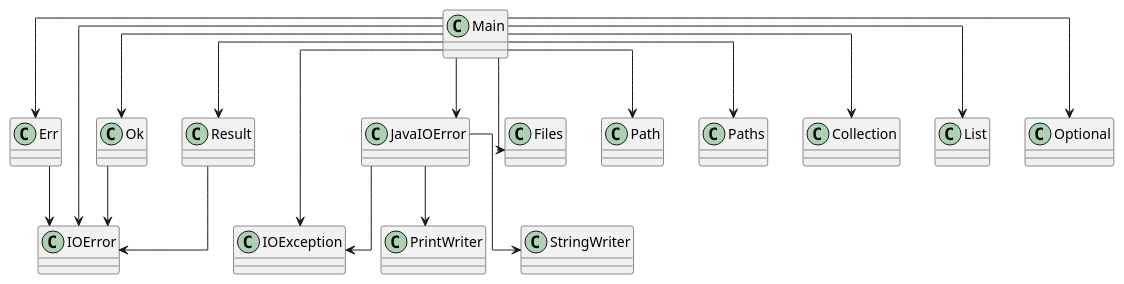
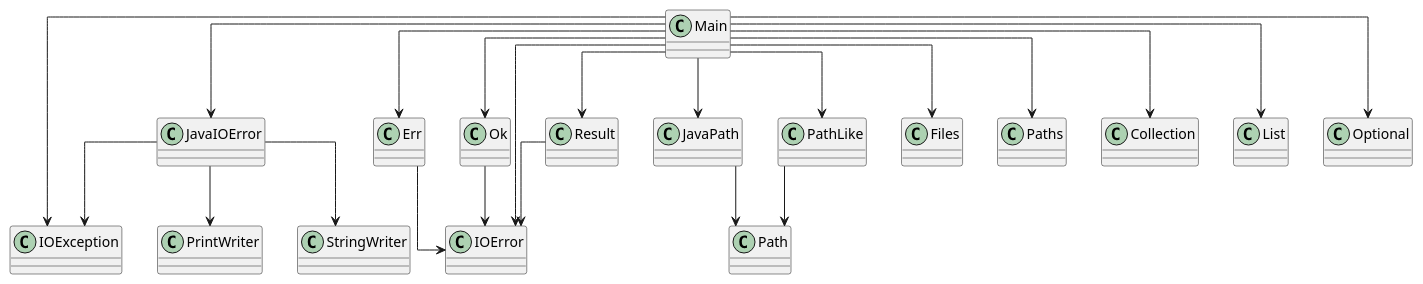
One commit to SirMathhman/Magma changed the diagram in diagram.puml. Above: the diagram before and after it, drawn with PlantUML. The commit also changed 3 other files, not shown here.

```diff
--- a/diagram.puml
+++ b/diagram.puml
@@ -1,28 +1,33 @@
 @startuml
 skinparam linetype ortho
 class IOError
 class JavaIOError
 JavaIOError --> IOException
 JavaIOError --> PrintWriter
 JavaIOError --> StringWriter
 class Main
 Main --> IOError
 Main --> JavaIOError
+Main --> JavaPath
+Main --> PathLike
 Main --> Err
 Main --> Ok
 Main --> Result
 Main --> IOException
 Main --> Files
-Main --> Path
 Main --> Paths
 Main --> Collection
 Main --> List
 Main --> Optional
+class JavaPath
+JavaPath --> Path
+class PathLike
+PathLike --> Path
 class Err
 Err --> IOError
 class Ok
 Ok --> IOError
 class Result
 Result --> IOError
 
 @enduml
```
